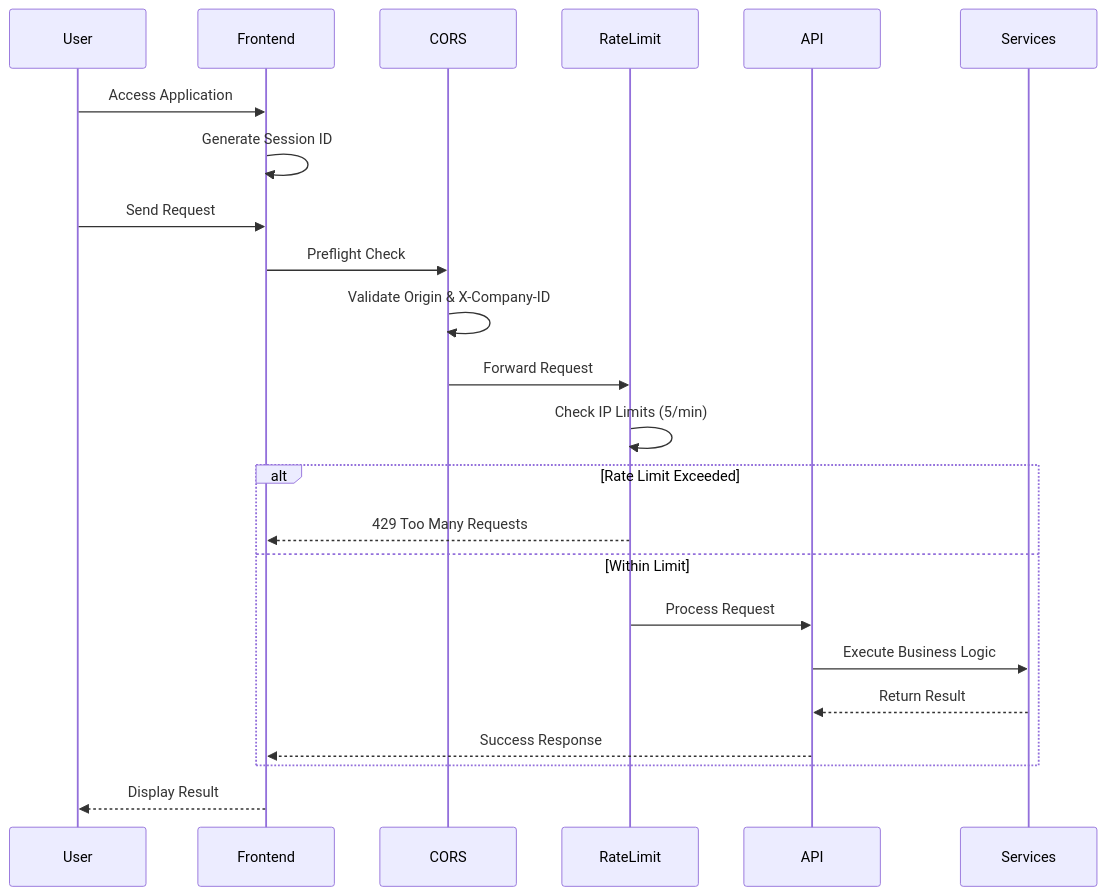
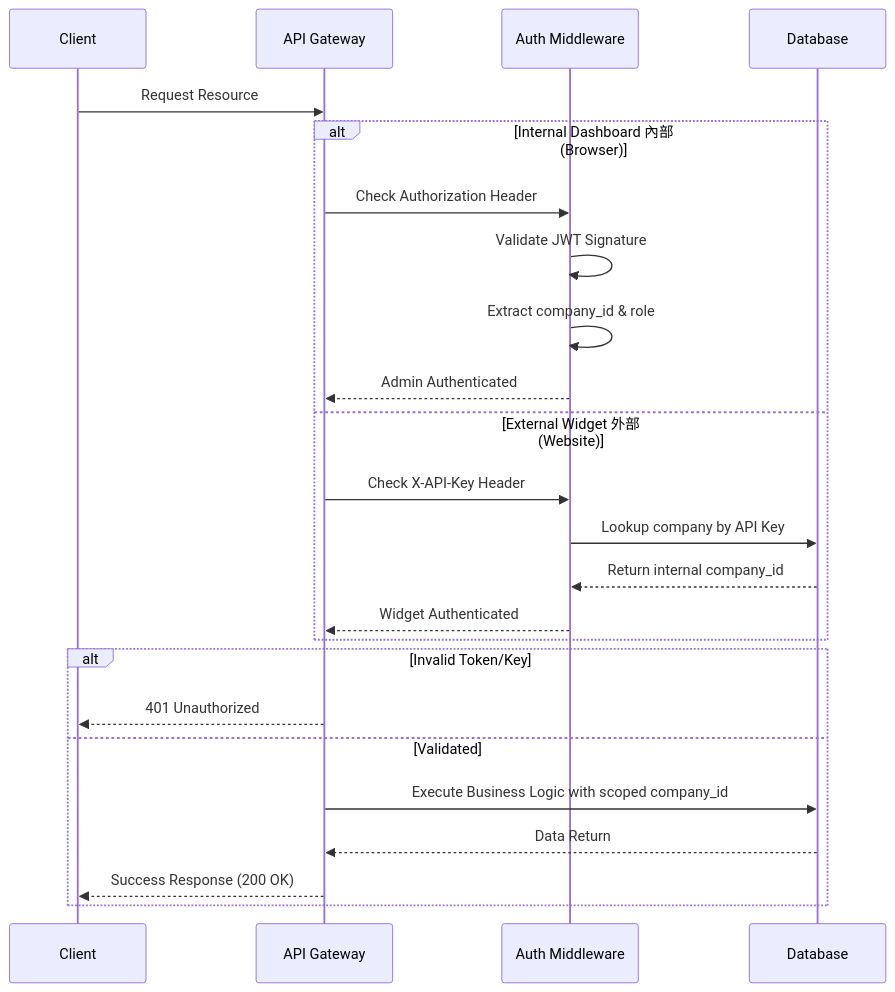
Diagram 15 of 18 in project_workflow.md (ShantanuV2709/CORPWISE), drawn with Mermaid before and after one commit. The commit also changed other lines of this file and 64 other files, not shown here.

````diff
--- a/project_workflow.md
+++ b/project_workflow.md
@@ -619,30 +616,29 @@
 ```mermaid
 sequenceDiagram
-    participant User
-    participant Frontend
-    participant CORS
-    participant RateLimit
-    participant API
-    participant Services
+    participant Client
+    participant API Gateway
+    participant Auth Middleware
+    participant Database
+
+    Client->>API Gateway: Request Resource
     
-    User->>Frontend: Access Application
-    Frontend->>Frontend: Generate Session ID
-    
-    User->>Frontend: Send Request
-    Frontend->>CORS: Preflight Check
-    CORS->>CORS: Validate Origin & X-Company-ID
-    
-    CORS->>RateLimit: Forward Request
-    RateLimit->>RateLimit: Check IP Limits (5/min)
-    
-    alt Rate Limit Exceeded
-        RateLimit-->>Frontend: 429 Too Many Requests
-    else Within Limit
-        RateLimit->>API: Process Request
-        API->>Services: Execute Business Logic
-        Services-->>API: Return Result
-        API-->>Frontend: Success Response
+    alt Internal Dashboard 內部 (Browser)
+        API Gateway->>Auth Middleware: Check Authorization Header
+        Auth Middleware->>Auth Middleware: Validate JWT Signature
+        Auth Middleware->>Auth Middleware: Extract company_id & role
+        Auth Middleware-->>API Gateway: Admin Authenticated
+    else External Widget 外部 (Website)
+        API Gateway->>Auth Middleware: Check X-API-Key Header
+        Auth Middleware->>Database: Lookup company by API Key
+        Database-->>Auth Middleware: Return internal company_id
+        Auth Middleware-->>API Gateway: Widget Authenticated
     end
-    
-    Frontend-->>User: Display Result
+
+    alt Invalid Token/Key
+        API Gateway-->>Client: 401 Unauthorized
+    else Validated
+        API Gateway->>Database: Execute Business Logic with scoped company_id
+        Database-->>API Gateway: Data Return
+        API Gateway-->>Client: Success Response (200 OK)
+    end
 ```
````
